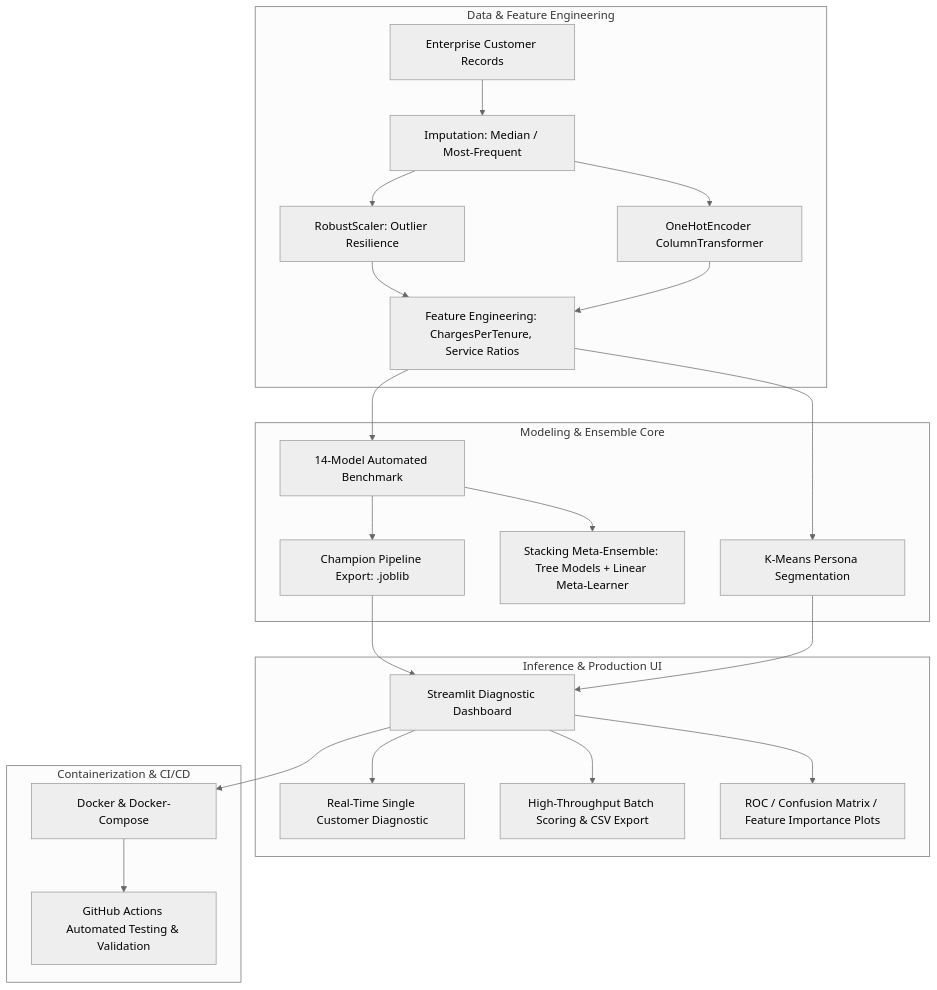
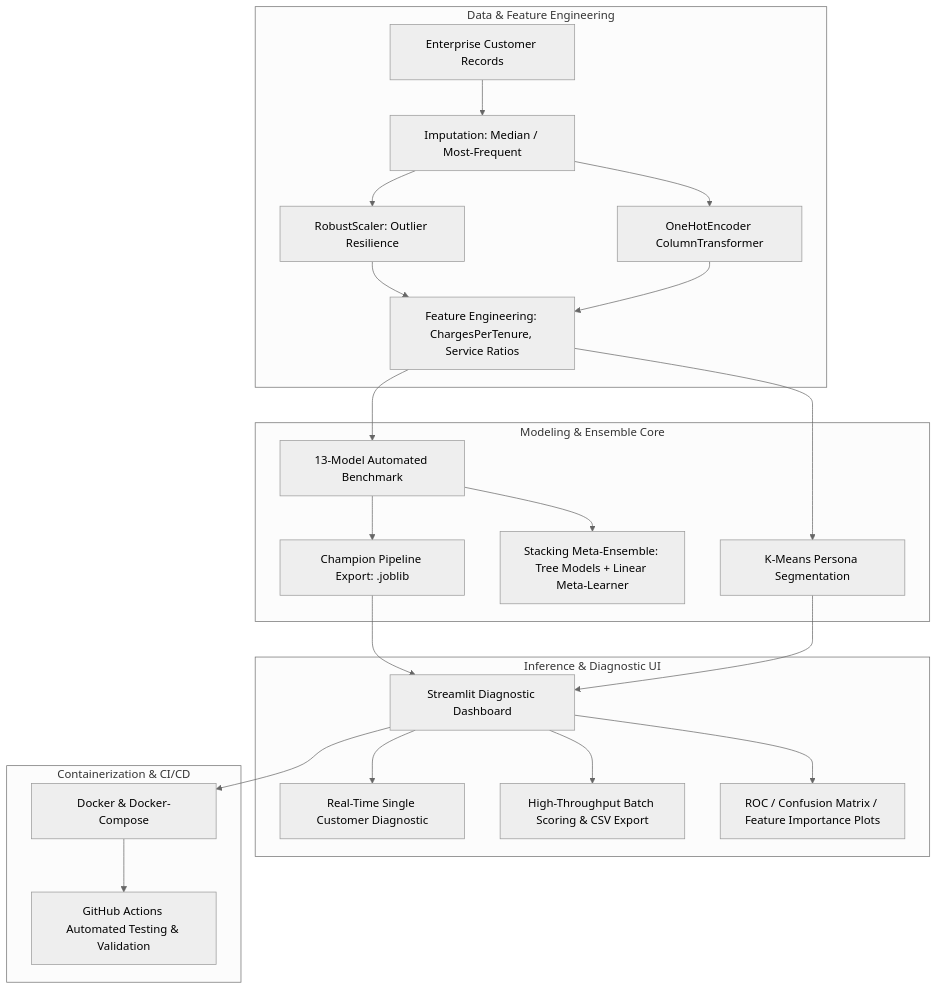
One commit to Mohamed-Osama-ai7/enterprise-customer-churn-ai changed the diagram in README.md. Above: the diagram before and after it, drawn with Mermaid (neutral theme). The commit also changed other lines of this file and 1 other file, not shown here.

Commit message:
docs: reconcile model benchmark count to 13 verified models and clarify champion criteria

````diff
--- a/README.md
+++ b/README.md
@@ -38,30 +47,30 @@
 ```mermaid
 flowchart TD
     subgraph Data ["Data & Feature Engineering"]
         Raw[Enterprise Customer Records] --> Clean[Imputation: Median / Most-Frequent]
         Clean --> Scale[RobustScaler: Outlier Resilience]
         Clean --> OHE[OneHotEncoder ColumnTransformer]
         Scale --> FE[Feature Engineering: ChargesPerTenure, Service Ratios]
         OHE --> FE
     end
 
     subgraph Modeling ["Modeling & Ensemble Core"]
-        FE --> Bench[14-Model Automated Benchmark]
+        FE --> Bench[13-Model Automated Benchmark]
         FE --> KMeans[K-Means Persona Segmentation]
         Bench --> Stack[Stacking Meta-Ensemble: Tree Models + Linear Meta-Learner]
         Bench --> Champ[Champion Pipeline Export: .joblib]
     end
 
-    subgraph Serving ["Inference & Production UI"]
+    subgraph Serving ["Inference & Diagnostic UI"]
         Champ --> Streamlit[Streamlit Diagnostic Dashboard]
         KMeans --> Streamlit
         Streamlit --> Single[Real-Time Single Customer Diagnostic]
         Streamlit --> Batch[High-Throughput Batch Scoring & CSV Export]
         Streamlit --> Diag[ROC / Confusion Matrix / Feature Importance Plots]
     end
 
     subgraph DevOps ["Containerization & CI/CD"]
         Streamlit --> Docker[Docker & Docker-Compose]
         Docker --> GHA[GitHub Actions Automated Testing & Validation]
     end
 ```
````
